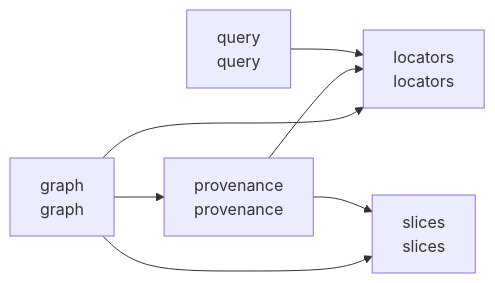
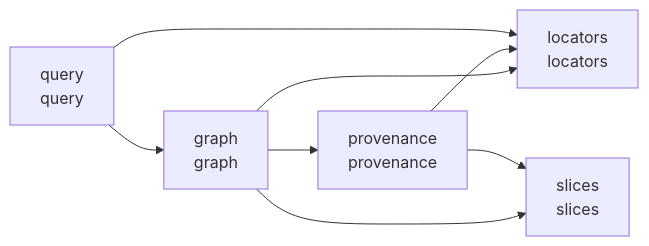
One commit to cj-mills/cjm-context-graph-primitives changed the diagram in README.md. Above: the diagram before and after it, drawn with Mermaid. The commit also changed other lines of this file and 1 other file, not shown here.

````diff
--- a/README.md
+++ b/README.md
@@ -58,15 +58,16 @@
 ``` mermaid
 graph LR
     graph_mod["graph<br/>graph"]
     locators["locators<br/>locators"]
     provenance["provenance<br/>provenance"]
     query["query<br/>query"]
     slices["slices<br/>slices"]
 
+    graph_mod --> slices
+    graph_mod --> locators
     graph_mod --> provenance
-    graph_mod --> locators
-    graph_mod --> slices
     provenance --> locators
     provenance --> slices
     query --> locators
+    query --> graph_mod
 ```
````
